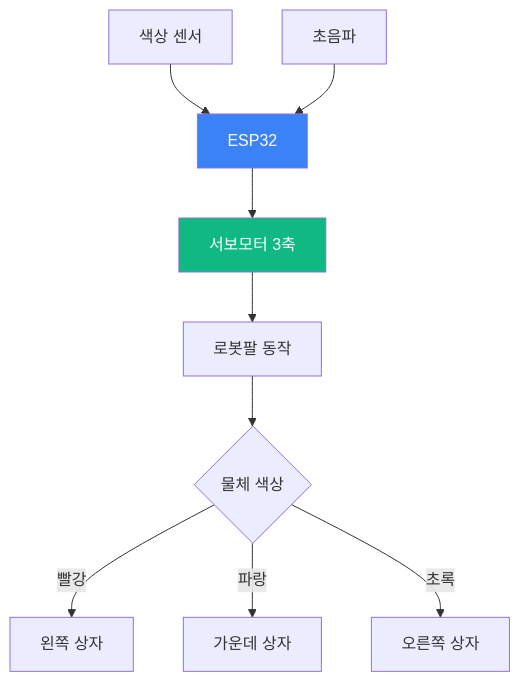
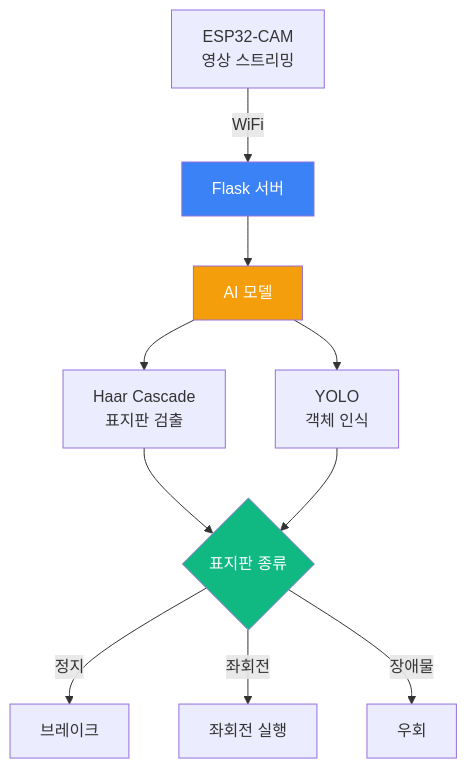
Before and after one commit to Collegenie-X/AIMakerLab_Web: the sixth of 10 diagrams in documents/CURRICULUM/맛보기_아두이노_ESP32.md, drawn with Mermaid. The commit also changed other lines of this file and 3 other files, not shown here.

````diff
--- a/documents/CURRICULUM/맛보기_아두이노_ESP32.md
+++ b/documents/CURRICULUM/맛보기_아두이노_ESP32.md
@@ -319,15 +457,19 @@
 ```mermaid
 graph TB
-    A[색상 센서] --> B[ESP32]
-    C[초음파] --> B
-    B --> D[서보모터 3축]
-    D --> E[로봇팔 동작]
+    A[ESP32-CAM<br/>영상 스트리밍] -->|WiFi| B[Flask 서버]
+    B --> C[AI 모델]
     
-    E --> F{물체 색상}
-    F -->|빨강| G[왼쪽 상자]
-    F -->|파랑| H[가운데 상자]
-    F -->|초록| I[오른쪽 상자]
+    C --> D[Haar Cascade<br/>표지판 검출]
+    C --> E[YOLO<br/>객체 인식]
+    
+    D --> F{표지판 종류}
+    E --> F
+    
+    F -->|정지| G[브레이크]
+    F -->|좌회전| H[좌회전 실행]
+    F -->|장애물| I[우회]
     
     style B fill:#3b82f6,color:#fff
-    style D fill:#10b981,color:#fff
+    style C fill:#f59e0b,color:#fff
+    style F fill:#10b981,color:#fff
 ```
````
